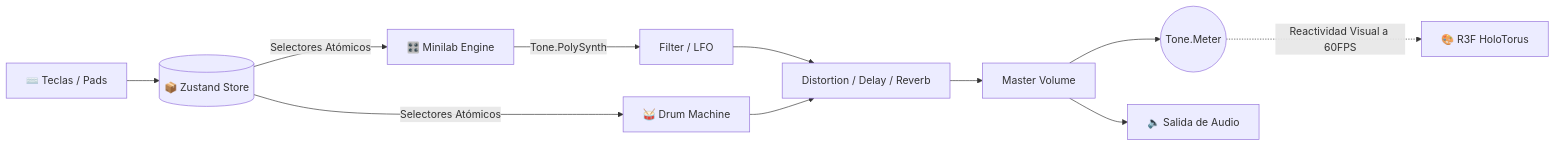
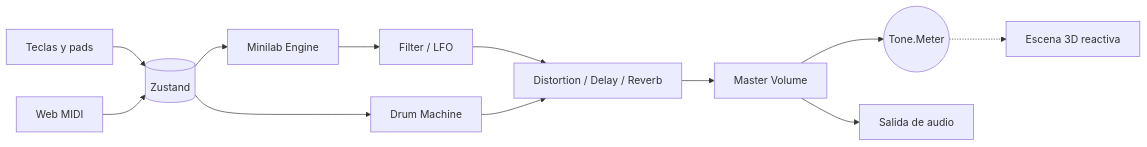
Before and after one commit to geoidegeoidal/HoloSynth: the diagram in README.md, drawn with Mermaid. The commit also changed other lines of this file, not shown here.

First line of the commit message:
docs: improve setup and clarify experimental MIDI support

````diff
--- a/README.md
+++ b/README.md
@@ -35,15 +70,14 @@
 ```mermaid
 graph LR
-  K[⌨️ Teclas / Pads] --> Z[(📦 Zustand Store)]
-  Z -->|Selectores Atómicos| M[🎛️ Minilab Engine]
-  Z -->|Selectores Atómicos| D[🥁 Drum Machine]
-  
-  M -->|Tone.PolySynth| F[Filter / LFO]
+  K[Teclas y pads] --> Z[(Zustand)]
+  MIDI[Web MIDI] --> Z
+  Z --> M[Minilab Engine]
+  Z --> D[Drum Machine]
+  M --> F[Filter / LFO]
   F --> FX[Distortion / Delay / Reverb]
   D --> FX
   FX --> VM[Master Volume]
-  
   VM --> TM((Tone.Meter))
-  TM -.->|Reactividad Visual a 60FPS| R[🎨 R3F HoloTorus]
-  VM --> OUT[🔈 Salida de Audio]
+  TM -.-> R[Escena 3D reactiva]
+  VM --> OUT[Salida de audio]
 ```
````
